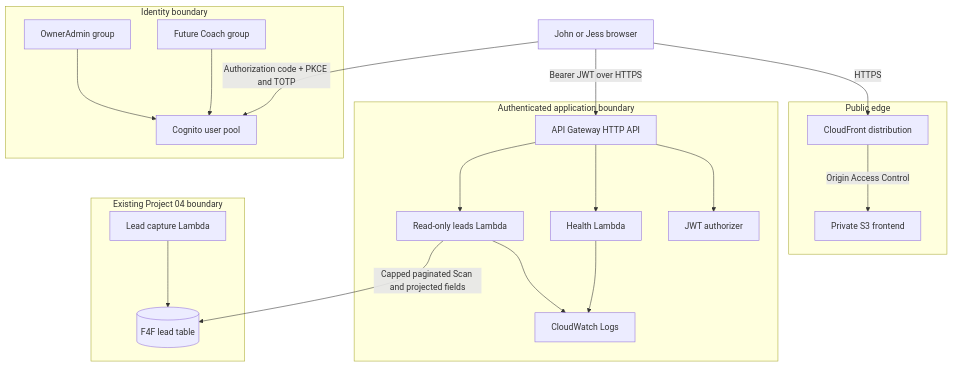
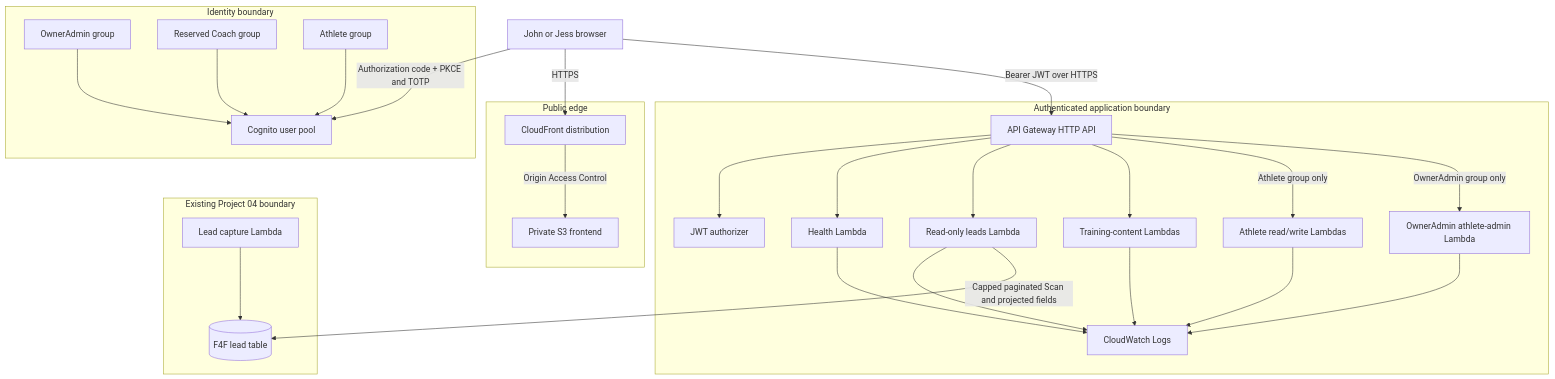
One commit to johnfentoncloud/project-06-f4f-operations-dashboard changed the diagram in docs/ARCHITECTURE.md. Above: the diagram before and after it, drawn with Mermaid. The commit also changed other lines of this file and 2 other files, not shown here.

Commit message:
docs(project-06): present integrated Coach and Athlete architecture

````diff
--- a/docs/ARCHITECTURE.md
+++ b/docs/ARCHITECTURE.md
@@ -5,36 +5,47 @@
 ```mermaid
 flowchart TB
     subgraph PublicEdge[Public edge]
       CF[CloudFront distribution]
       S3[Private S3 frontend]
       CF -->|Origin Access Control| S3
     end
     subgraph Identity[Identity boundary]
       Cognito[Cognito user pool]
       Owners[OwnerAdmin group]
-      Coaches[Future Coach group]
+      Coaches[Reserved Coach group]
+      Athletes[Athlete group]
       Owners --> Cognito
       Coaches --> Cognito
+      Athletes --> Cognito
     end
     subgraph Application[Authenticated application boundary]
       API[API Gateway HTTP API]
       Auth[JWT authorizer]
       Health[Health Lambda]
       Leads[Read-only leads Lambda]
+      Training[Training-content Lambdas]
+      AthleteSelf[Athlete read/write Lambdas]
+      AthleteAdmin[OwnerAdmin athlete-admin Lambda]
       Logs[CloudWatch Logs]
       API --> Auth
       API --> Health
       API --> Leads
+      API --> Training
+      API -->|Athlete group only| AthleteSelf
+      API -->|OwnerAdmin group only| AthleteAdmin
       Health --> Logs
       Leads --> Logs
+      Training --> Logs
+      AthleteSelf --> Logs
+      AthleteAdmin --> Logs
     end
     subgraph Existing[Existing Project 04 boundary]
       DDB[(F4F lead table)]
       Capture[Lead capture Lambda]
       Capture --> DDB
     end
     Browser[John or Jess browser] -->|HTTPS| CF
     Browser -->|Authorization code + PKCE and TOTP| Cognito
     Browser -->|Bearer JWT over HTTPS| API
     Leads -->|Capped paginated Scan and projected fields| DDB
 ```
````
